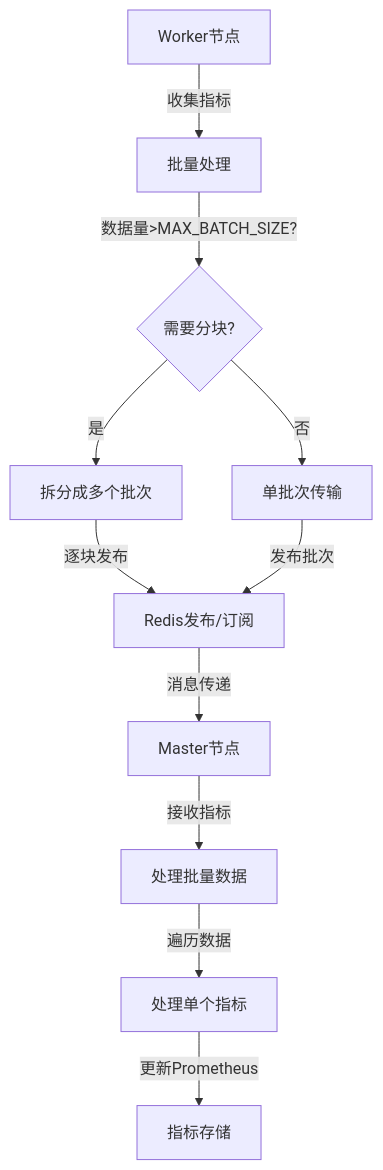
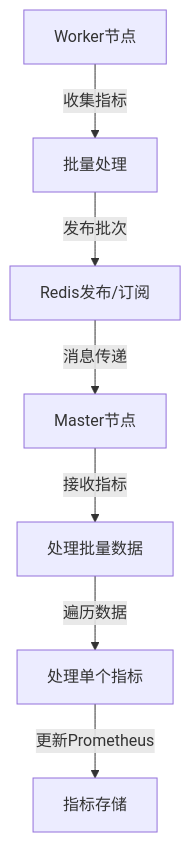
The third of 4 diagrams in docs/DISTRIBUTED_COORDINATOR_MODULE_DOC.md (hewei198711/Aiotest), drawn with Mermaid before and after one commit. The commit also changed other lines of this file and 43 other files, not shown here.

````diff
--- a/docs/DISTRIBUTED_COORDINATOR_MODULE_DOC.md
+++ b/docs/DISTRIBUTED_COORDINATOR_MODULE_DOC.md
@@ -167,13 +167,9 @@
 ```mermaid
 flowchart TD
     A[Worker节点] -->|收集指标| B[批量处理]
-    B -->|数据量>MAX_BATCH_SIZE?| C{需要分块?}
-    C -->|是| D[拆分成多个批次]
-    C -->|否| E[单批次传输]
-    D -->|逐块发布| F[Redis发布/订阅]
-    E -->|发布批次| F
+    B -->|发布批次| F[Redis发布/订阅]
     F -->|消息传递| G[Master节点]
     G -->|接收指标| H[处理批量数据]
     H -->|遍历数据| I[处理单个指标]
     I -->|更新Prometheus| J[指标存储]
 ```
````
